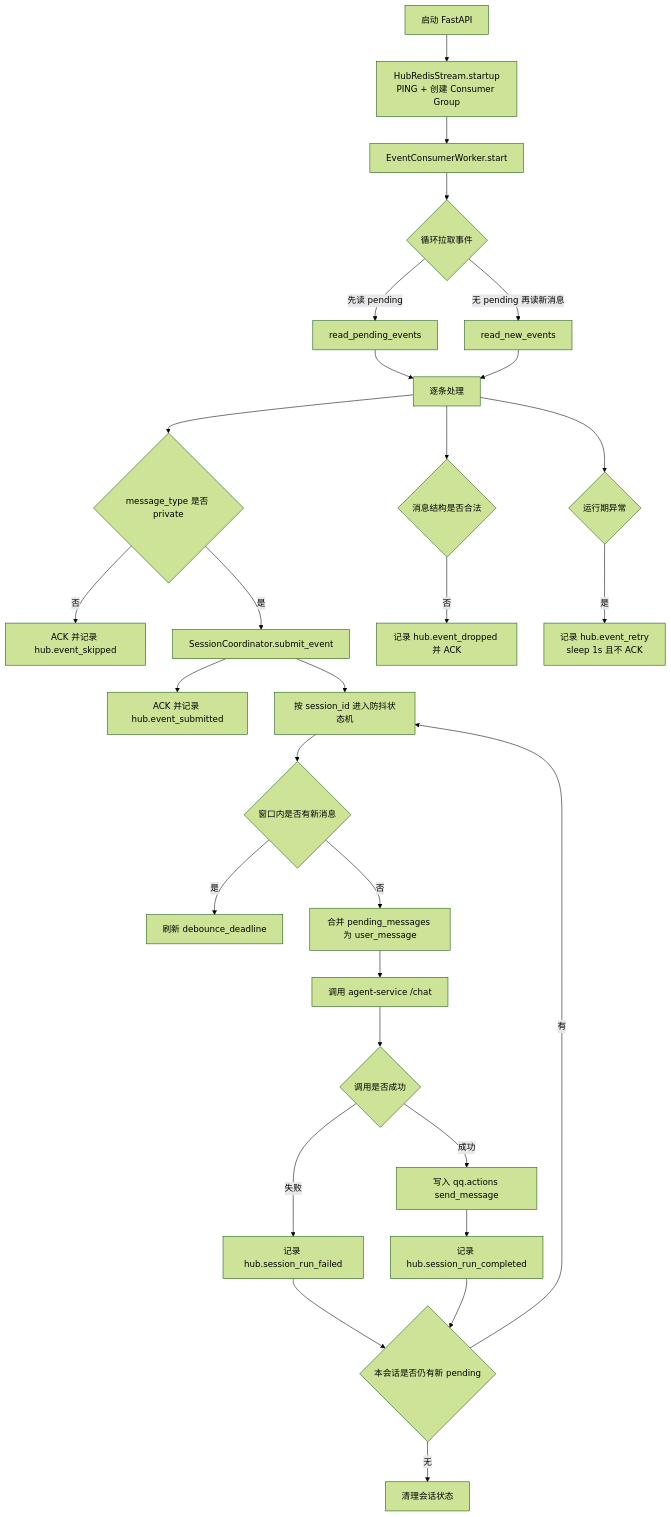
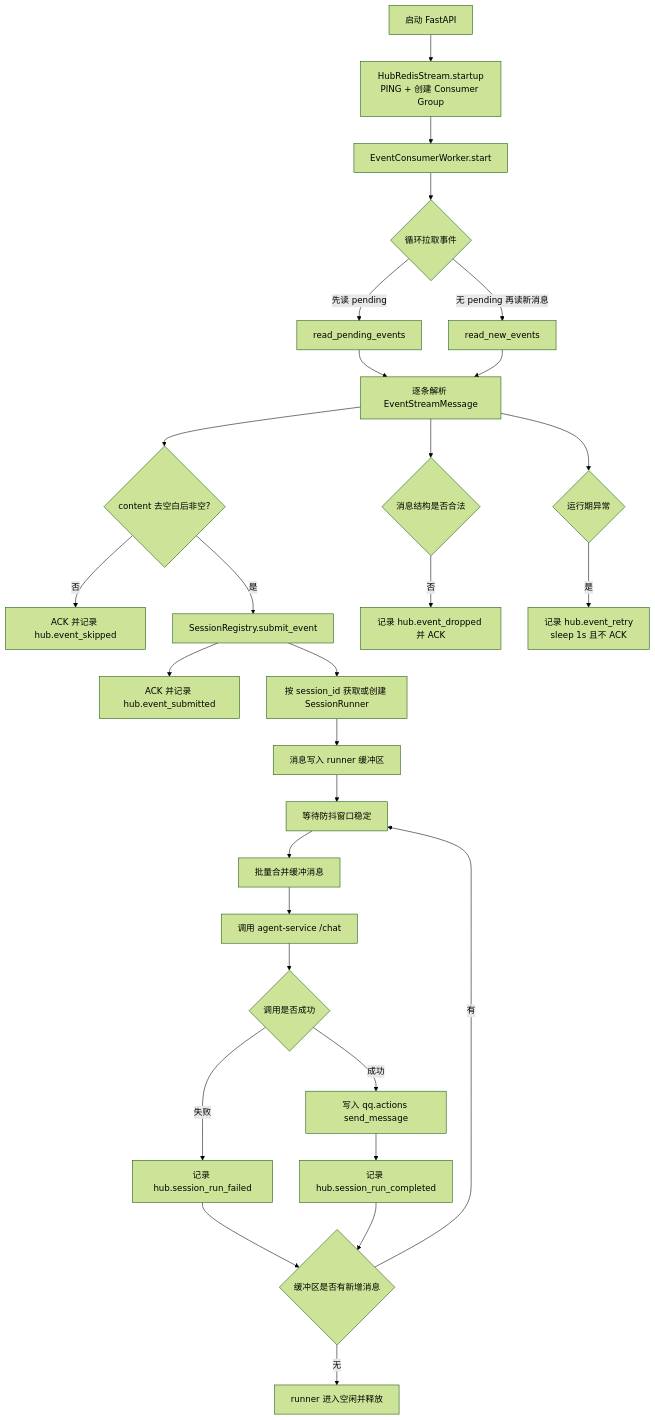
The diagram in docs/hub-service.md (tamakara/AIChan), drawn with Mermaid (forest theme) before and after one commit. The commit also changed other lines of this file and 19 other files, not shown here.

````diff
--- a/docs/hub-service.md
+++ b/docs/hub-service.md
@@ -66,34 +70,34 @@
 ```mermaid
 flowchart TD
     A[启动 FastAPI] --> B[HubRedisStream.startup<br/>PING + 创建 Consumer Group]
     B --> C[EventConsumerWorker.start]
     C --> D{循环拉取事件}
     D -->|先读 pending| E[read_pending_events]
     D -->|无 pending 再读新消息| F[read_new_events]
-    E --> G[逐条处理]
+    E --> G[逐条解析 EventStreamMessage]
     F --> G
 
-    G --> H{message_type 是否 private}
+    G --> H{content 去空白后非空?}
     H -->|否| I[ACK 并记录 hub.event_skipped]
-    H -->|是| J[SessionCoordinator.submit_event]
-    J --> K[ACK 并记录 hub.event_submitted]
+    H -->|是| K[SessionRegistry.submit_event]
+    K --> L[ACK 并记录 hub.event_submitted]
 
-    J --> L[按 session_id 进入防抖状态机]
-    L --> M{窗口内是否有新消息}
-    M -->|是| N[刷新 debounce_deadline]
-    M -->|否| O[合并 pending_messages 为 user_message]
-    O --> P[调用 agent-service /chat]
-    P --> Q{调用是否成功}
-    Q -->|成功| R[写入 qq.actions send_message]
-    Q -->|失败| S[记录 hub.session_run_failed]
-    R --> T[记录 hub.session_run_completed]
-    S --> U{本会话是否仍有新 pending}
-    T --> U
-    U -->|有| L
-    U -->|无| V[清理会话状态]
+    K --> M[按 session_id 获取或创建 SessionRunner]
+    M --> N[消息写入 runner 缓冲区]
+    N --> O[等待防抖窗口稳定]
+    O --> P[批量合并缓冲消息]
+    P --> Q[调用 agent-service /chat]
+    Q --> R{调用是否成功}
+    R -->|成功| S[写入 qq.actions send_message]
+    R -->|失败| T[记录 hub.session_run_failed]
+    S --> U[记录 hub.session_run_completed]
+    T --> V{缓冲区是否有新增消息}
+    U --> V
+    V -->|有| O
+    V -->|无| W[runner 进入空闲并释放]
 
-    G --> W{消息结构是否合法}
-    W -->|否| X[记录 hub.event_dropped 并 ACK]
-    G --> Y{运行期异常}
-    Y -->|是| Z[记录 hub.event_retry<br/>sleep 1s 且不 ACK]
+    G --> X{消息结构是否合法}
+    X -->|否| Y[记录 hub.event_dropped 并 ACK]
+    G --> Z{运行期异常}
+    Z -->|是| AA[记录 hub.event_retry<br/>sleep 1s 且不 ACK]
 ```
````
